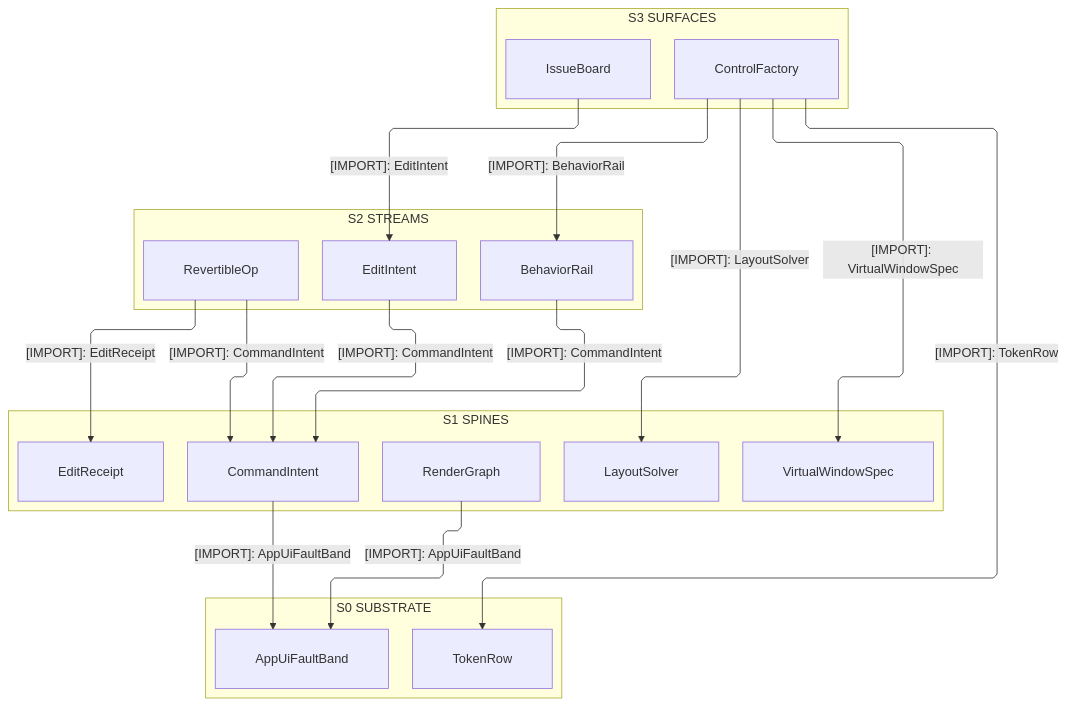
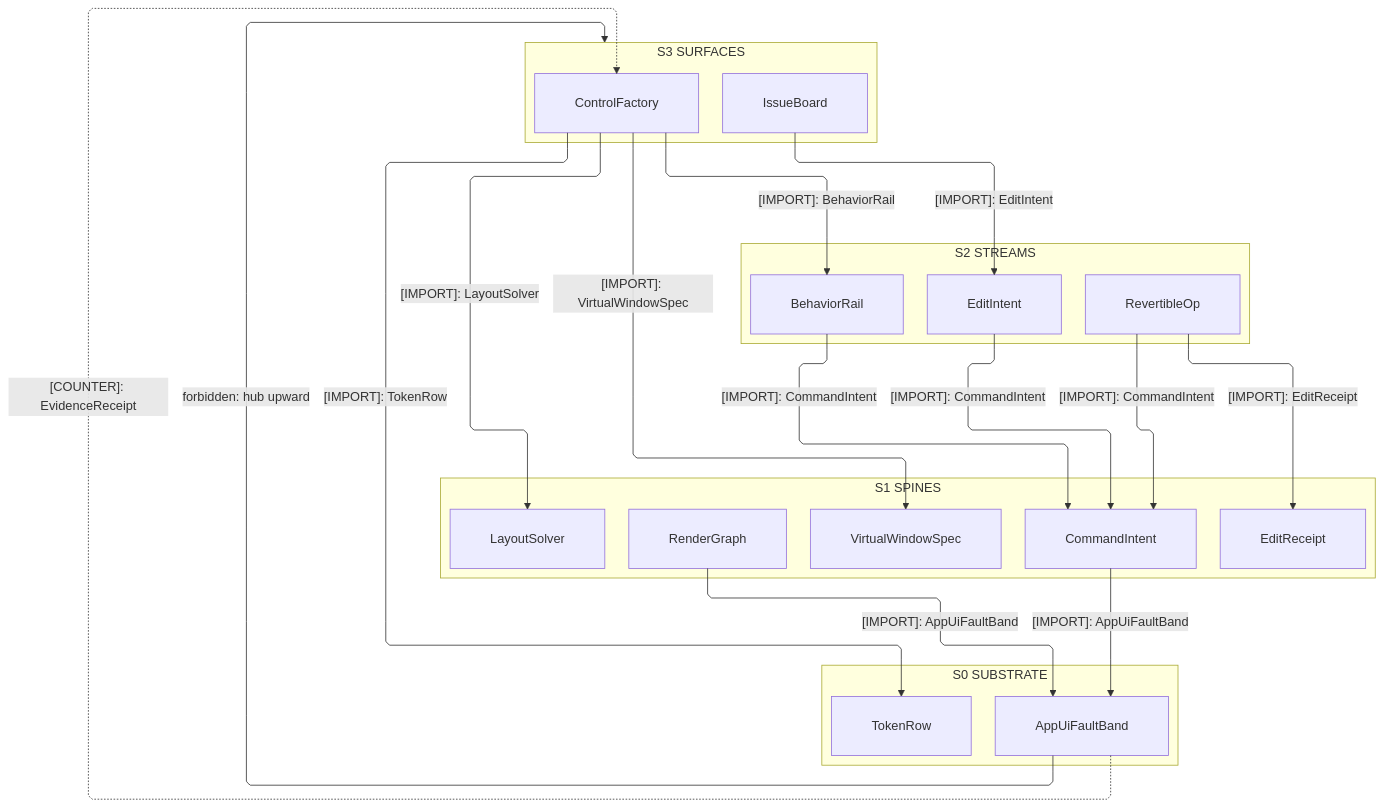
One commit to bsamiee/Rasm changed the first of 4 diagrams in libs/csharp/Rasm.AppUi/ARCHITECTURE.md. Above: the diagram before and after it, drawn with Mermaid. The commit also changed other lines of this file and 115 other files, not shown here.

````diff
--- a/libs/csharp/Rasm.AppUi/ARCHITECTURE.md
+++ b/libs/csharp/Rasm.AppUi/ARCHITECTURE.md
@@ -89,43 +88,45 @@
 ```mermaid
 ---
 config:
   layout: elk
   flowchart:
     curve: linear
     padding: 25
 ---
 flowchart TB
     accTitle: Rasm.AppUi interior strata
-    accDescr: Four member-resolved strata from the control and issue surfaces through the binding, intent, and revert streams and the one-owner spines onto the fault-band and theme substrate, every consumption edge downward and naming one sourced type.
+    accDescr: Which lower vocabulary each spine, stream, and surface owner consumes, and the EvidenceReceipt counter-edge the hub nests.
     subgraph S3["S3 SURFACES"]
         Factory[ControlFactory]
         Board[IssueBoard]
     end
     subgraph S2["S2 STREAMS"]
         Rail[BehaviorRail]
         Intent[EditIntent]
         Revert[RevertibleOp]
     end
     subgraph S1["S1 SPINES"]
         Command[CommandIntent]
         Virtual[VirtualWindowSpec]
         Solver[LayoutSolver]
         Inspect[EditReceipt]
         Graph[RenderGraph]
     end
     subgraph S0["S0 SUBSTRATE"]
         Fault[AppUiFaultBand]
         Token[TokenRow]
     end
-    Factory -->|"[IMPORT]: VirtualWindowSpec"| Virtual
-    Factory -->|"[IMPORT]: LayoutSolver"| Solver
-    Factory -->|"[IMPORT]: BehaviorRail"| Rail
-    Factory -->|"[IMPORT]: TokenRow"| Token
-    Board -->|"[IMPORT]: EditIntent"| Intent
-    Rail -->|"[IMPORT]: CommandIntent"| Command
-    Revert -->|"[IMPORT]: CommandIntent"| Command
-    Revert -->|"[IMPORT]: EditReceipt"| Inspect
-    Intent -->|"[IMPORT]: CommandIntent"| Command
-    Command -->|"[IMPORT]: AppUiFaultBand"| Fault
-    Graph -->|"[IMPORT]: AppUiFaultBand"| Fault
+    Factory e1@-->|"[IMPORT]: VirtualWindowSpec"| Virtual
+    Factory e2@-->|"[IMPORT]: LayoutSolver"| Solver
+    Factory e3@-->|"[IMPORT]: BehaviorRail"| Rail
+    Factory e4@-->|"[IMPORT]: TokenRow"| Token
+    Board e5@-->|"[IMPORT]: EditIntent"| Intent
+    Rail e6@-->|"[IMPORT]: CommandIntent"| Command
+    Revert e7@-->|"[IMPORT]: CommandIntent"| Command
+    Revert e8@-->|"[IMPORT]: EditReceipt"| Inspect
+    Intent e9@-->|"[IMPORT]: CommandIntent"| Command
+    Command e10@-->|"[IMPORT]: AppUiFaultBand"| Fault
+    Graph e11@-->|"[IMPORT]: AppUiFaultBand"| Fault
+    Fault e12@-.->|"[COUNTER]: EvidenceReceipt"| Factory
+    Fault f1@-->|"forbidden: hub upward"| S3
 ```
````
